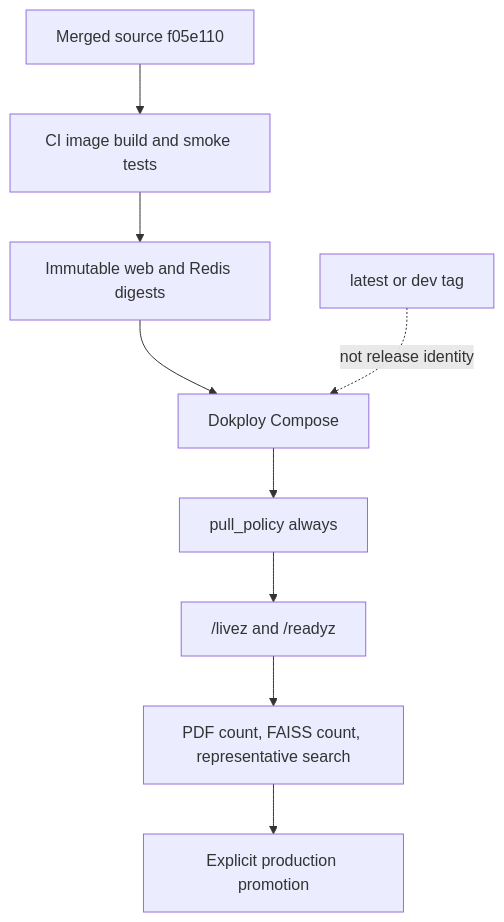
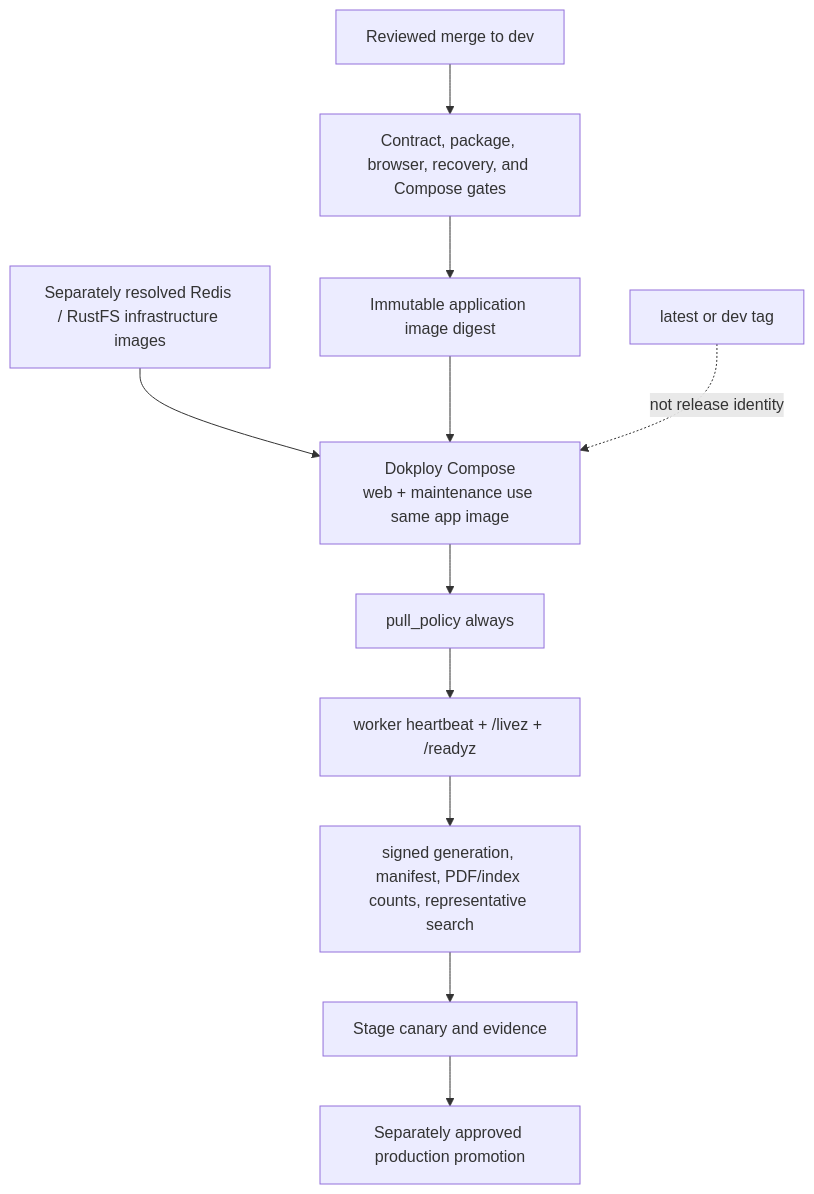
Before and after one commit to Nimble-esolutions/PdfSearch: the diagram in docs/diagrams/deployment-flow.mmd, drawn with Mermaid. The commit also changed 51 other files, not shown here.

Commit message:
docs: reconcile DataOps and VaultOps architecture truth

```diff
--- a/docs/diagrams/deployment-flow.mmd
+++ b/docs/diagrams/deployment-flow.mmd
@@ -1,9 +1,11 @@
 flowchart TD
-    source["Merged source f05e110"] --> ci["CI image build and smoke tests"]
-    ci --> digest["Immutable web and Redis digests"]
-    digest --> dokploy["Dokploy Compose"]
+    source["Reviewed merge to dev"] --> ci["Contract, package, browser, recovery, and Compose gates"]
+    ci --> digest["Immutable application image digest"]
+    infra["Separately resolved Redis / RustFS infrastructure images"] --> dokploy
+    digest --> dokploy["Dokploy Compose\nweb + maintenance use same app image"]
     dokploy --> pull["pull_policy always"]
-    pull --> health["/livez and /readyz"]
-    health --> data["PDF count, FAISS count, representative search"]
-    data --> promote["Explicit production promotion"]
+    pull --> health["worker heartbeat + /livez + /readyz"]
+    health --> data["signed generation, manifest, PDF/index counts, representative search"]
+    data --> stage["Stage canary and evidence"]
+    stage --> promote["Separately approved production promotion"]
     tag["latest or dev tag"] -. "not release identity" .-> dokploy
```
